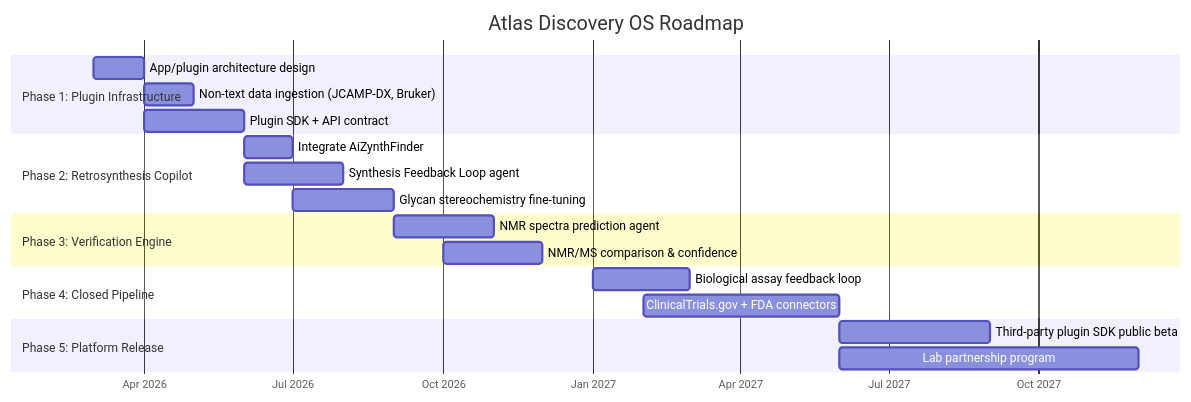
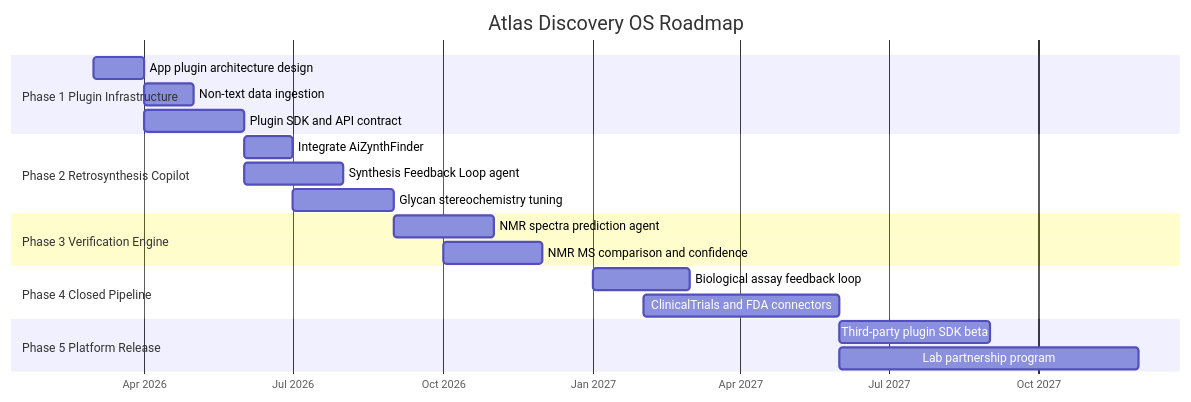
One commit to AidanSYu/Atlas-OS changed the ninth of 9 diagrams in docs/ATLAS_DISCOVERY_VISION.md. Above: the diagram before and after it, drawn with Mermaid. The commit also changed other lines of this file and 1 other file, not shown here.

Commit message:
docs: Move ATLAS_DISCOVERY_VISION.md to docs/ and refactor content for improved path portability and diagram clarity.

````diff
--- a/docs/ATLAS_DISCOVERY_VISION.md
+++ b/docs/ATLAS_DISCOVERY_VISION.md
@@ -536,28 +500,28 @@
 ```mermaid
 gantt
     title Atlas Discovery OS Roadmap
     dateFormat YYYY-MM
     axisFormat %b %Y
 
-    section Phase 1: Plugin Infrastructure
-    App/plugin architecture design     :p1a, 2026-03, 2026-04
-    Non-text data ingestion (JCAMP-DX, Bruker) :p1b, 2026-04, 2026-05
-    Plugin SDK + API contract          :p1c, 2026-04, 2026-06
+    section Phase 1 Plugin Infrastructure
+    App plugin architecture design     :p1a, 2026-03, 2026-04
+    Non-text data ingestion            :p1b, 2026-04, 2026-05
+    Plugin SDK and API contract        :p1c, 2026-04, 2026-06
 
-    section Phase 2: Retrosynthesis Copilot
+    section Phase 2 Retrosynthesis Copilot
     Integrate AiZynthFinder            :p2a, 2026-06, 2026-07
     Synthesis Feedback Loop agent      :p2b, 2026-06, 2026-08
-    Glycan stereochemistry fine-tuning :p2c, 2026-07, 2026-09
+    Glycan stereochemistry tuning      :p2c, 2026-07, 2026-09
 
-    section Phase 3: Verification Engine
+    section Phase 3 Verification Engine
     NMR spectra prediction agent       :p3a, 2026-09, 2026-11
-    NMR/MS comparison & confidence     :p3b, 2026-10, 2026-12
+    NMR MS comparison and confidence   :p3b, 2026-10, 2026-12
 
-    section Phase 4: Closed Pipeline
+    section Phase 4 Closed Pipeline
     Biological assay feedback loop     :p4a, 2027-01, 2027-03
-    ClinicalTrials.gov + FDA connectors:p4b, 2027-02, 2027-06
+    ClinicalTrials and FDA connectors  :p4b, 2027-02, 2027-06
 
-    section Phase 5: Platform Release
-    Third-party plugin SDK public beta :p5a, 2027-06, 2027-09
+    section Phase 5 Platform Release
+    Third-party plugin SDK beta        :p5a, 2027-06, 2027-09
     Lab partnership program            :p5b, 2027-06, 2027-12
 ```
````
